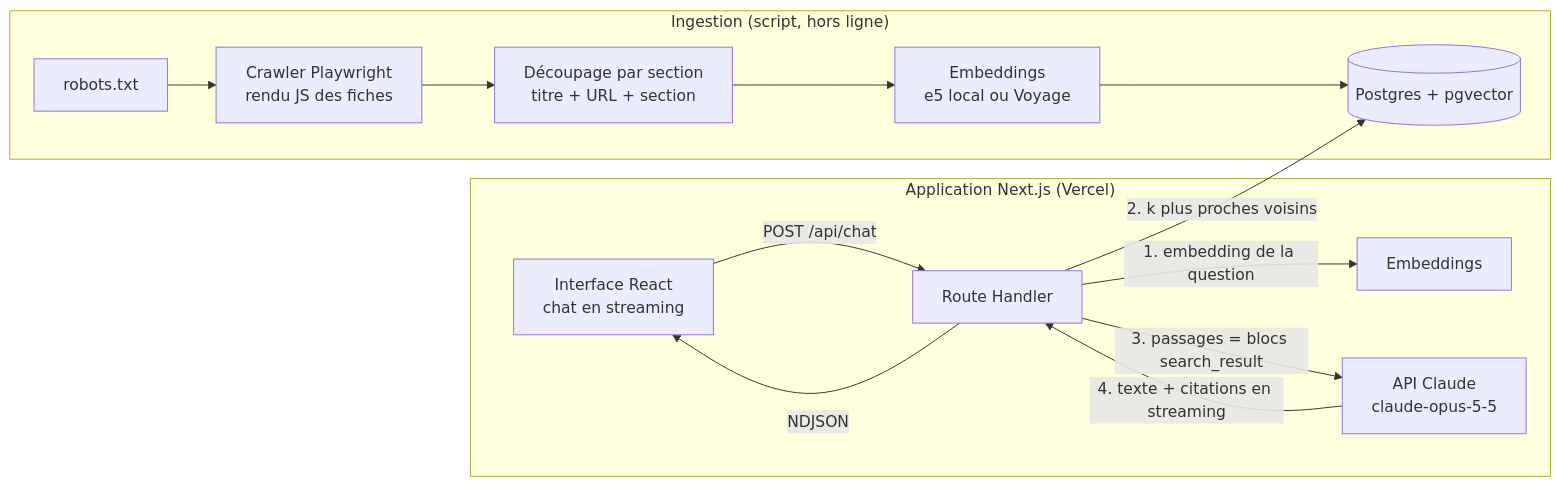
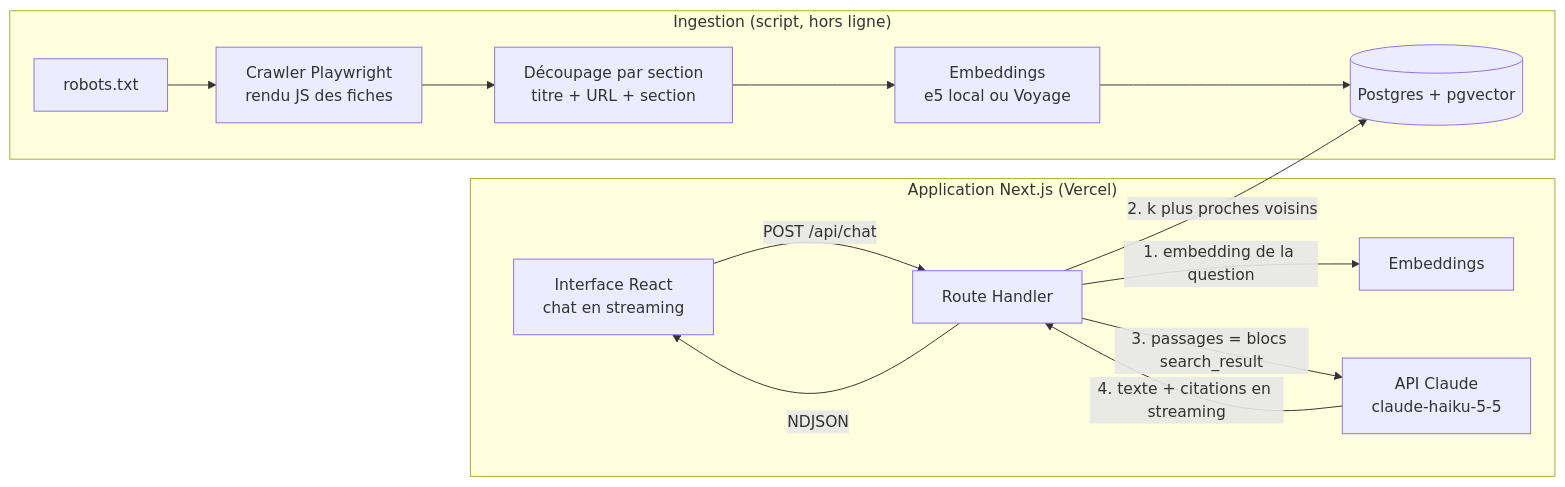
Before and after one commit to zegueri/lux-guide-assistant: the diagram in docs/ARCHITECTURE.md, drawn with Mermaid. The commit also changed 4 other files, not shown here.

Commit message:
feat(api): passe à Claude Haiku 5.5 (coût ~40 fois plus faible), sans fallbacks serveur

````diff
--- a/docs/ARCHITECTURE.md
+++ b/docs/ARCHITECTURE.md
@@ -24,18 +24,18 @@
 ```mermaid
 flowchart LR
   subgraph Ingestion["Ingestion (script, hors ligne)"]
     A[robots.txt] --> B[Crawler Playwright<br/>rendu JS des fiches]
     B --> C[Découpage par section<br/>titre + URL + section]
     C --> D[Embeddings<br/>e5 local ou Voyage]
     D --> E[(Postgres + pgvector)]
   end
 
   subgraph App["Application Next.js (Vercel)"]
     U[Interface React<br/>chat en streaming] -->|POST /api/chat| R[Route Handler]
     R -->|1. embedding de la question| D2[Embeddings]
     R -->|2. k plus proches voisins| E
-    R -->|3. passages = blocs search_result| L[API Claude<br/>claude-opus-5-5]
+    R -->|3. passages = blocs search_result| L[API Claude<br/>claude-haiku-5-5]
     L -->|4. texte + citations en streaming| R
     R -->|NDJSON| U
   end
 ```
````
